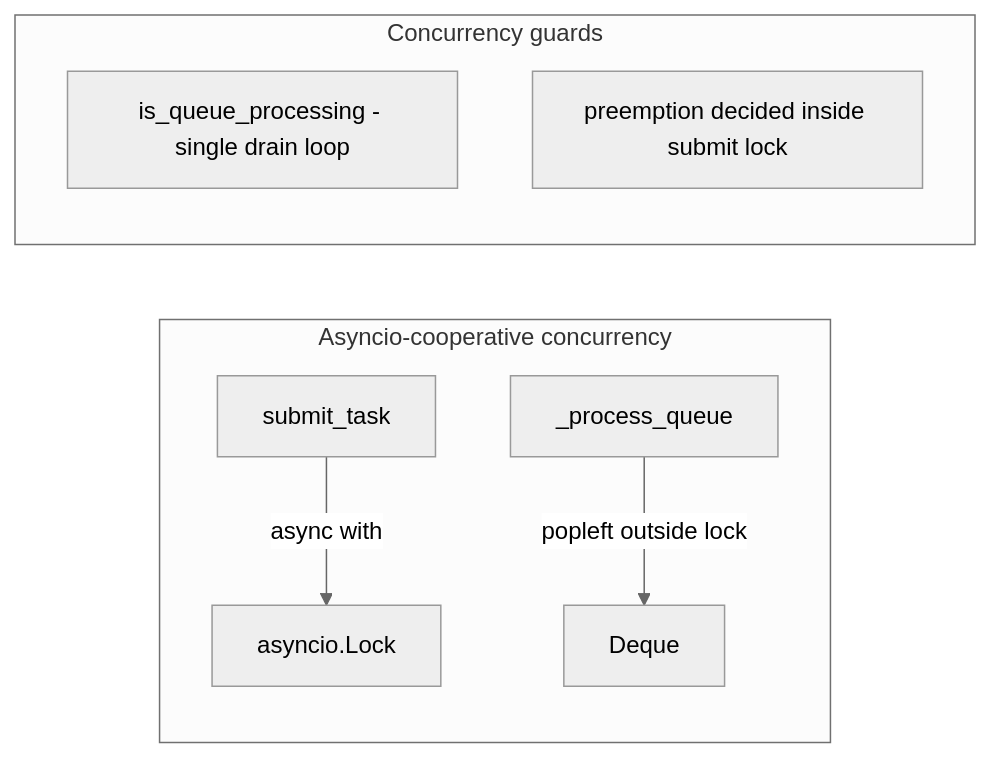
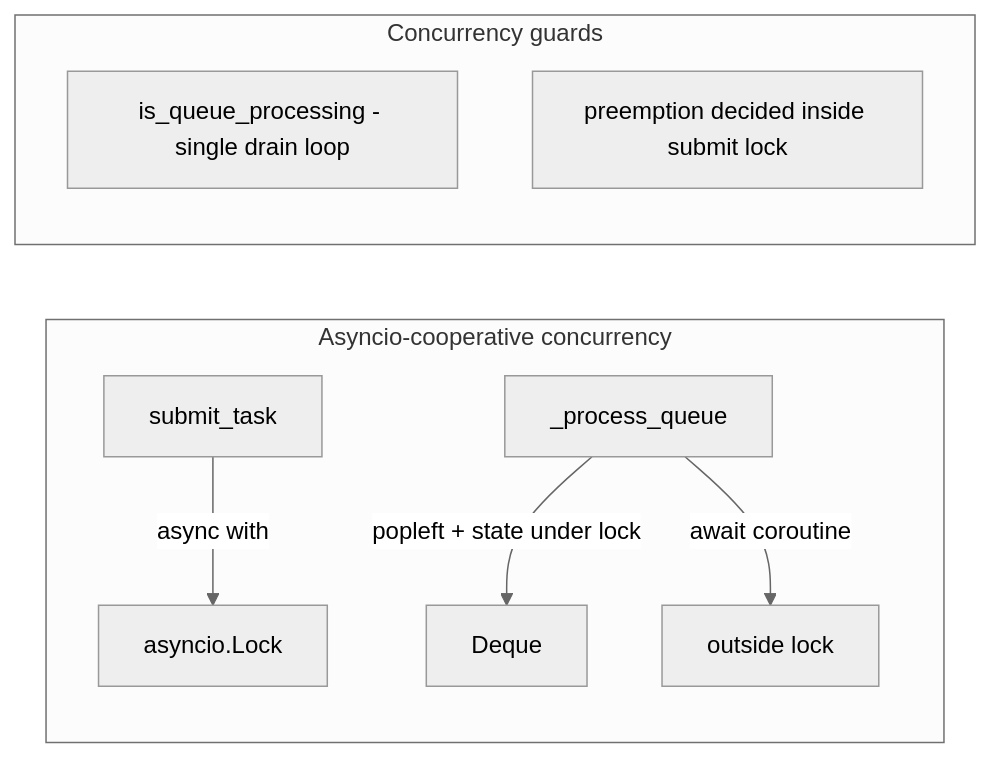
One commit to scoville/test_filter_queue changed the seventh of 9 diagrams in .cursor/plans/system_architecture_workflow_b2d79ca7.plan.md. Above: the diagram before and after it, drawn with Mermaid (neutral theme). The commit also changed other lines of this file and 3 other files, not shown here.

````diff
--- a/.cursor/plans/system_architecture_workflow_b2d79ca7.plan.md
+++ b/.cursor/plans/system_architecture_workflow_b2d79ca7.plan.md
@@ -261,15 +262,16 @@
 ```mermaid
 flowchart LR
     subgraph asyncSafe [Asyncio-cooperative concurrency]
         Submit[submit_task]
         Process[_process_queue]
         Lock[asyncio.Lock]
         Submit -->|async with| Lock
-        Process -->|popleft outside lock| Deque
+        Process -->|popleft + state under lock| Deque
+        Process -->|await coroutine| OutsideLock[outside lock]
     end
 
     subgraph guards [Concurrency guards]
         Flag[is_queue_processing - single drain loop]
         PreemptOnSubmit[preemption decided inside submit lock]
     end
 ```
````
